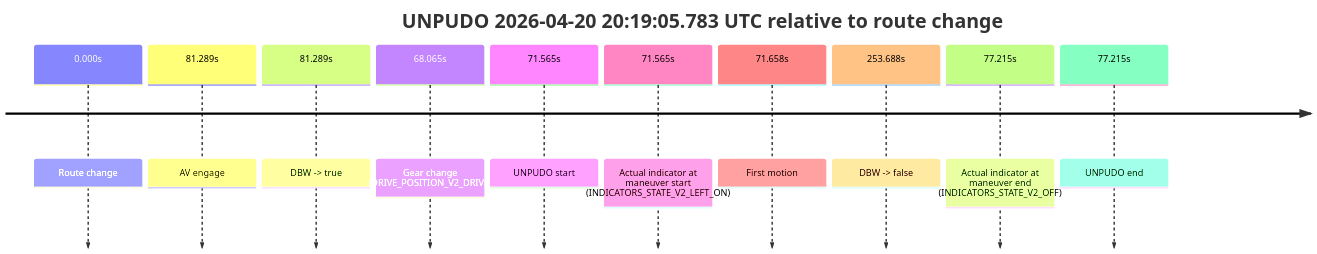
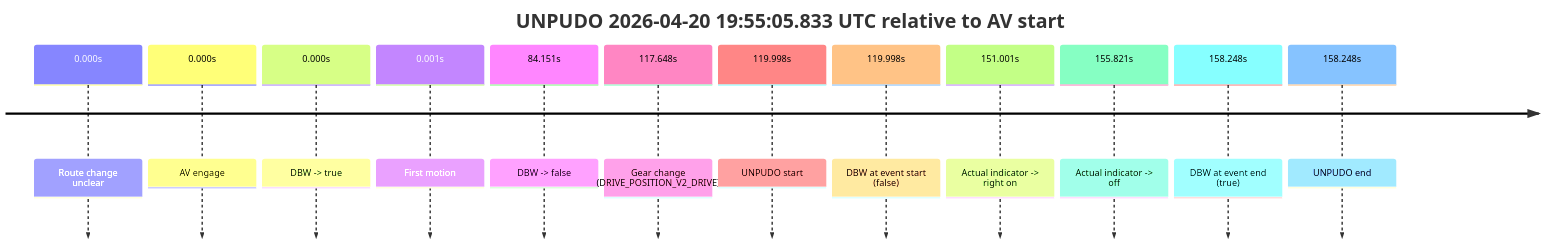
One commit to yoelshapiro/vault changed the seventh of 12 diagrams in model_analysis/report_cards/2026/04/Week-4/fme20032--2026-04-20--19-03-35--gen2-av-e7d103b0-699e-4196-82b3-9255e1b970f8.md. Above: the diagram before and after it, drawn with Mermaid. The commit also changed other lines of this file and 1 other file, not shown here.

````diff
--- a/model_analysis/report_cards/2026/04/Week-4/fme20032--2026-04-20--19-03-35--gen2-av-e7d103b0-699e-4196-82b3-9255e1b970f8.md
+++ b/model_analysis/report_cards/2026/04/Week-4/fme20032--2026-04-20--19-03-35--gen2-av-e7d103b0-699e-4196-82b3-9255e1b970f8.md
@@ -559,14 +615,16 @@
 ```mermaid
 timeline
-    title UNPUDO 2026-04-20 20:19:05.783 UTC relative to route change
-    0.000s : Route change
-    81.289s : AV engage
-    81.289s : DBW -> true
-    68.065s : Gear change (DRIVE_POSITION_V2_DRIVE)
-    71.565s : UNPUDO start
-    71.565s : Actual indicator at maneuver start (INDICATORS_STATE_V2_LEFT_ON)
-    71.658s : First motion
-    253.688s : DBW -> false
-    77.215s : Actual indicator at maneuver end (INDICATORS_STATE_V2_OFF)
-    77.215s : UNPUDO end
+    title UNPUDO 2026-04-20 19:55:05.833 UTC relative to AV start
+    0.000s : Route change unclear
+    0.000s : AV engage
+    0.000s : DBW -> true
+    0.001s : First motion
+    84.151s : DBW -> false
+    117.648s : Gear change (DRIVE_POSITION_V2_DRIVE)
+    119.998s : UNPUDO start
+    119.998s : DBW at event start (false)
+    151.001s : Actual indicator -> right on
+    155.821s : Actual indicator -> off
+    158.248s : DBW at event end (true)
+    158.248s : UNPUDO end
 ```
````
